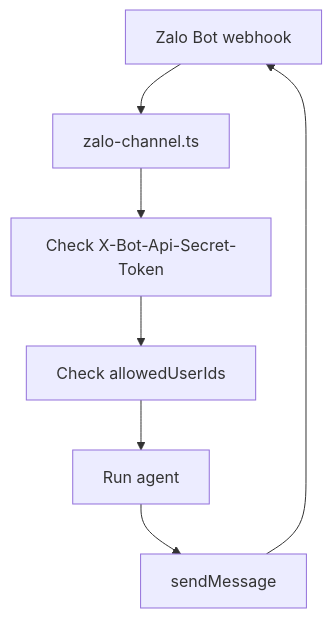
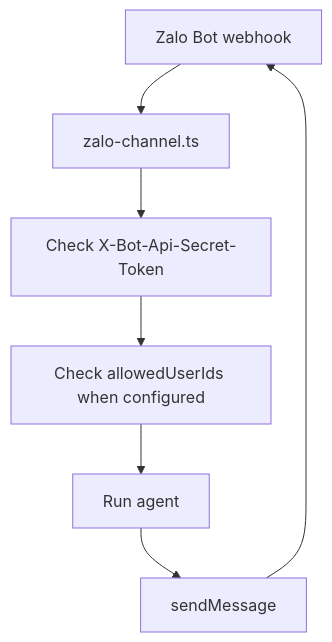
One commit to beeblastco/broods changed the diagram in apps/docs/docs/channels/zalo.md. Above: the diagram before and after it, drawn with Mermaid. The commit also changed other lines of this file and 7 other files, not shown here.

````diff
--- a/apps/docs/docs/channels/zalo.md
+++ b/apps/docs/docs/channels/zalo.md
@@ -49,9 +48,9 @@
 ```mermaid
 flowchart TD
   Zalo["Zalo Bot webhook"] --> Adapter["zalo-channel.ts"]
   Adapter --> Auth["Check X-Bot-Api-Secret-Token"]
-  Auth --> Allow["Check allowedUserIds"]
+  Auth --> Allow["Check allowedUserIds when configured"]
   Allow --> Agent["Run agent"]
   Agent --> Reply["sendMessage"]
   Reply --> Zalo
 ```
````
